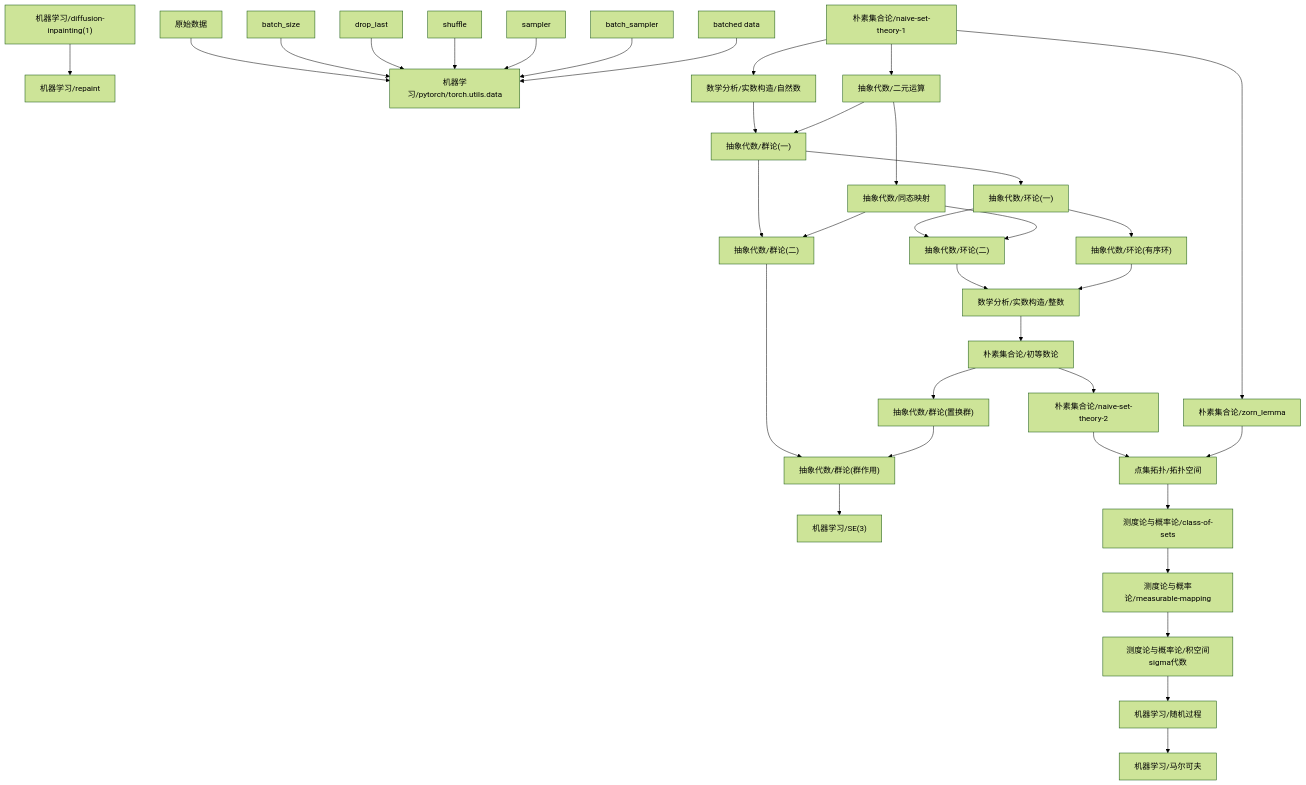
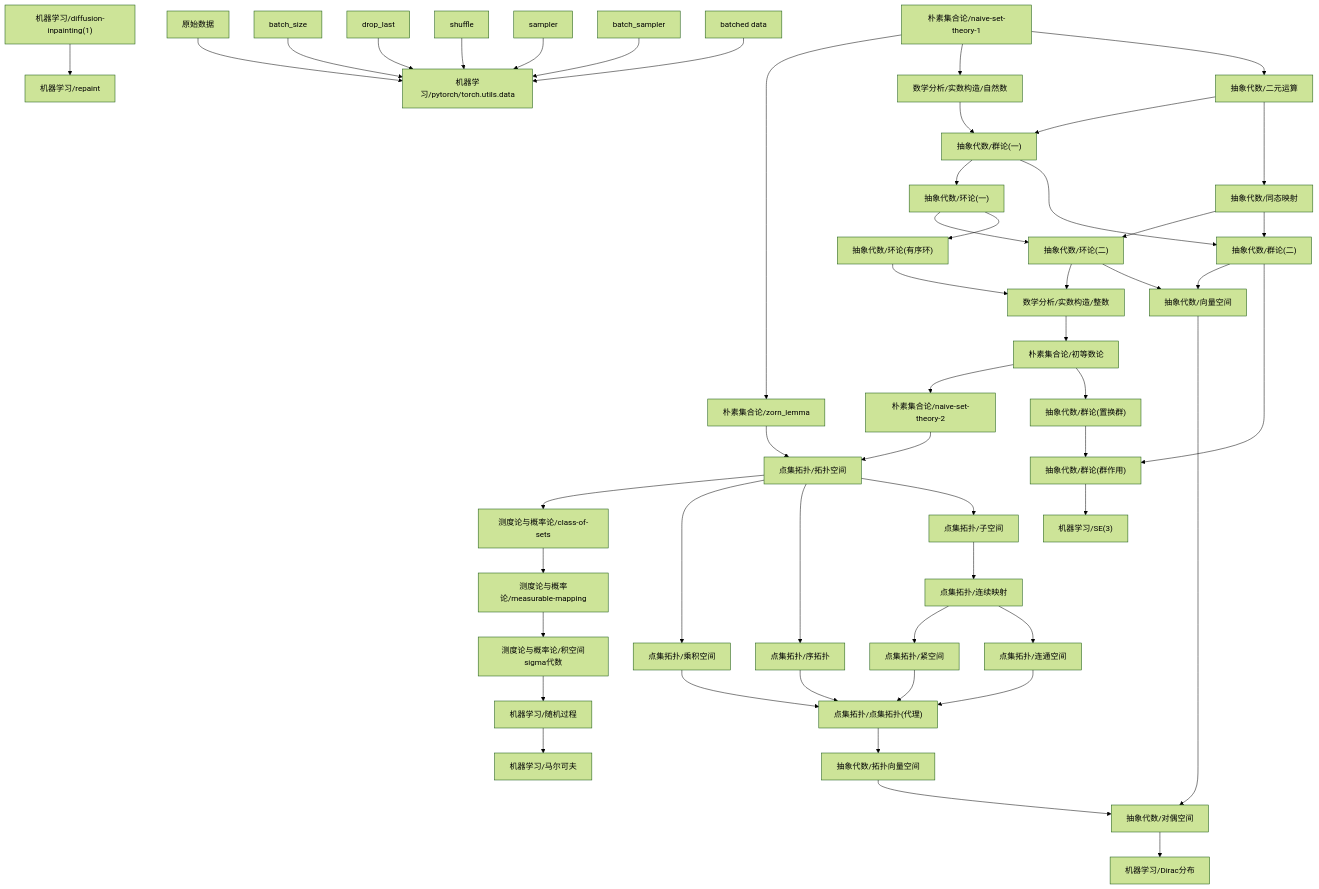
The diagram in content/机器学习/dependency_graph.md (zeroDtree/zeroDtree.github.io), drawn with Mermaid (forest theme) before and after one commit. The commit also changed 7 other files, not shown here.

````diff
--- a/content/机器学习/dependency_graph.md
+++ b/content/机器学习/dependency_graph.md
@@ -1,38 +1,54 @@
 ```mermaid
 graph TD
 1["机器学习/diffusion-inpainting(1)"] --> 0["机器学习/repaint"]
 3["抽象代数/群论(群作用)"] --> 2["机器学习/SE(3)"]
 6["机器学习/随机过程"] --> 5["机器学习/马尔可夫"]
-7["测度论与概率论/积空间sigma代数"] --> 6["机器学习/随机过程"]
-9["原始数据"] --> 8["机器学习/pytorch/torch.utils.data"]
-10["batch_size"] --> 8["机器学习/pytorch/torch.utils.data"]
-11["drop_last"] --> 8["机器学习/pytorch/torch.utils.data"]
-12["shuffle"] --> 8["机器学习/pytorch/torch.utils.data"]
-13["sampler"] --> 8["机器学习/pytorch/torch.utils.data"]
-14["batch_sampler"] --> 8["机器学习/pytorch/torch.utils.data"]
-15["batched data"] --> 8["机器学习/pytorch/torch.utils.data"]
-16["测度论与概率论/measurable-mapping"] --> 7["测度论与概率论/积空间sigma代数"]
-17["测度论与概率论/class-of-sets"] --> 16["测度论与概率论/measurable-mapping"]
-18["点集拓扑/拓扑空间"] --> 17["测度论与概率论/class-of-sets"]
-19["朴素集合论/naive-set-theory-2"] --> 18["点集拓扑/拓扑空间"]
-20["朴素集合论/zorn_lemma"] --> 18["点集拓扑/拓扑空间"]
-21["朴素集合论/初等数论"] --> 19["朴素集合论/naive-set-theory-2"]
-22["朴素集合论/naive-set-theory-1"] --> 20["朴素集合论/zorn_lemma"]
-23["数学分析/实数构造/整数"] --> 21["朴素集合论/初等数论"]
-24["抽象代数/环论(二)"] --> 23["数学分析/实数构造/整数"]
-25["抽象代数/环论(有序环)"] --> 23["数学分析/实数构造/整数"]
-26["抽象代数/环论(一)"] --> 24["抽象代数/环论(二)"]
-27["抽象代数/同态映射"] --> 24["抽象代数/环论(二)"]
-26["抽象代数/环论(一)"] --> 25["抽象代数/环论(有序环)"]
-28["抽象代数/群论(一)"] --> 26["抽象代数/环论(一)"]
-29["数学分析/实数构造/自然数"] --> 28["抽象代数/群论(一)"]
-30["抽象代数/二元运算"] --> 28["抽象代数/群论(一)"]
-22["朴素集合论/naive-set-theory-1"] --> 29["数学分析/实数构造/自然数"]
-22["朴素集合论/naive-set-theory-1"] --> 30["抽象代数/二元运算"]
-30["抽象代数/二元运算"] --> 27["抽象代数/同态映射"]
-31["抽象代数/群论(二)"] --> 3["抽象代数/群论(群作用)"]
-32["抽象代数/群论(置换群)"] --> 3["抽象代数/群论(群作用)"]
-28["抽象代数/群论(一)"] --> 31["抽象代数/群论(二)"]
-27["抽象代数/同态映射"] --> 31["抽象代数/群论(二)"]
-21["朴素集合论/初等数论"] --> 32["抽象代数/群论(置换群)"]
+8["抽象代数/对偶空间"] --> 7["机器学习/Dirac分布"]
+9["测度论与概率论/积空间sigma代数"] --> 6["机器学习/随机过程"]
+11["原始数据"] --> 10["机器学习/pytorch/torch.utils.data"]
+12["batch_size"] --> 10["机器学习/pytorch/torch.utils.data"]
+13["drop_last"] --> 10["机器学习/pytorch/torch.utils.data"]
+14["shuffle"] --> 10["机器学习/pytorch/torch.utils.data"]
+15["sampler"] --> 10["机器学习/pytorch/torch.utils.data"]
+16["batch_sampler"] --> 10["机器学习/pytorch/torch.utils.data"]
+17["batched data"] --> 10["机器学习/pytorch/torch.utils.data"]
+18["测度论与概率论/measurable-mapping"] --> 9["测度论与概率论/积空间sigma代数"]
+19["测度论与概率论/class-of-sets"] --> 18["测度论与概率论/measurable-mapping"]
+20["点集拓扑/拓扑空间"] --> 19["测度论与概率论/class-of-sets"]
+21["朴素集合论/naive-set-theory-2"] --> 20["点集拓扑/拓扑空间"]
+22["朴素集合论/zorn_lemma"] --> 20["点集拓扑/拓扑空间"]
+23["朴素集合论/初等数论"] --> 21["朴素集合论/naive-set-theory-2"]
+24["朴素集合论/naive-set-theory-1"] --> 22["朴素集合论/zorn_lemma"]
+25["数学分析/实数构造/整数"] --> 23["朴素集合论/初等数论"]
+26["抽象代数/环论(二)"] --> 25["数学分析/实数构造/整数"]
+27["抽象代数/环论(有序环)"] --> 25["数学分析/实数构造/整数"]
+28["抽象代数/环论(一)"] --> 26["抽象代数/环论(二)"]
+29["抽象代数/同态映射"] --> 26["抽象代数/环论(二)"]
+28["抽象代数/环论(一)"] --> 27["抽象代数/环论(有序环)"]
+30["抽象代数/群论(一)"] --> 28["抽象代数/环论(一)"]
+31["数学分析/实数构造/自然数"] --> 30["抽象代数/群论(一)"]
+32["抽象代数/二元运算"] --> 30["抽象代数/群论(一)"]
+24["朴素集合论/naive-set-theory-1"] --> 31["数学分析/实数构造/自然数"]
+24["朴素集合论/naive-set-theory-1"] --> 32["抽象代数/二元运算"]
+32["抽象代数/二元运算"] --> 29["抽象代数/同态映射"]
+33["抽象代数/向量空间"] --> 8["抽象代数/对偶空间"]
+34["抽象代数/拓扑向量空间"] --> 8["抽象代数/对偶空间"]
+35["抽象代数/群论(二)"] --> 33["抽象代数/向量空间"]
+26["抽象代数/环论(二)"] --> 33["抽象代数/向量空间"]
+36["点集拓扑/点集拓扑(代理)"] --> 34["抽象代数/拓扑向量空间"]
+37["点集拓扑/紧空间"] --> 36["点集拓扑/点集拓扑(代理)"]
+38["点集拓扑/连通空间"] --> 36["点集拓扑/点集拓扑(代理)"]
+39["点集拓扑/乘积空间"] --> 36["点集拓扑/点集拓扑(代理)"]
+40["点集拓扑/序拓扑"] --> 36["点集拓扑/点集拓扑(代理)"]
+41["点集拓扑/连续映射"] --> 37["点集拓扑/紧空间"]
+41["点集拓扑/连续映射"] --> 38["点集拓扑/连通空间"]
+20["点集拓扑/拓扑空间"] --> 39["点集拓扑/乘积空间"]
+20["点集拓扑/拓扑空间"] --> 40["点集拓扑/序拓扑"]
+42["点集拓扑/子空间"] --> 41["点集拓扑/连续映射"]
+20["点集拓扑/拓扑空间"] --> 42["点集拓扑/子空间"]
+30["抽象代数/群论(一)"] --> 35["抽象代数/群论(二)"]
+29["抽象代数/同态映射"] --> 35["抽象代数/群论(二)"]
+35["抽象代数/群论(二)"] --> 3["抽象代数/群论(群作用)"]
+43["抽象代数/群论(置换群)"] --> 3["抽象代数/群论(群作用)"]
+23["朴素集合论/初等数论"] --> 43["抽象代数/群论(置换群)"]
 ```
````
